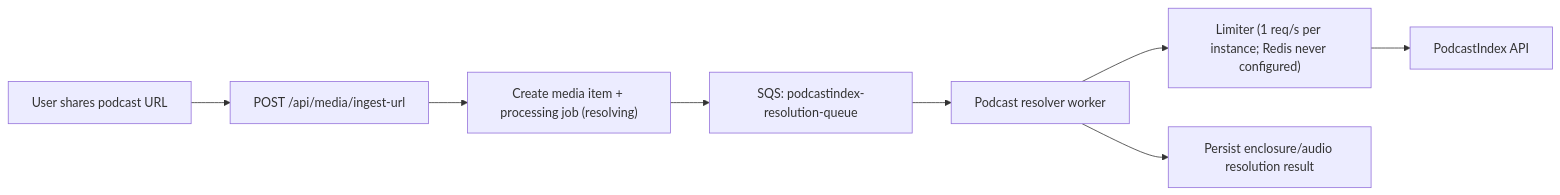
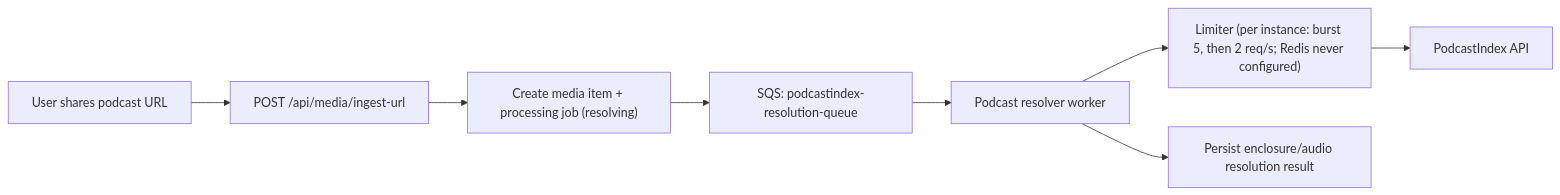
Before and after one commit to MedlockM2/second-brain-app: the diagram in docs/ADR/podcastindex-rate-limiting.md, drawn with Mermaid. The commit also changed other lines of this file and 4 other files, not shown here.

````diff
--- a/docs/ADR/podcastindex-rate-limiting.md
+++ b/docs/ADR/podcastindex-rate-limiting.md
@@ -177,10 +181,10 @@
 ```mermaid
 flowchart LR
   U["User shares podcast URL"] --> I["POST /api/media/ingest-url"]
   I --> J["Create media item + processing job (resolving)"]
   J --> Q["SQS: podcastindex-resolution-queue"]
   Q --> W["Podcast resolver worker"]
-  W --> L["Limiter (1 req/s per instance; Redis never configured)"]
+  W --> L["Limiter (per instance: burst 5, then 2 req/s; Redis never configured)"]
   L --> P["PodcastIndex API"]
   W --> N["Persist enclosure/audio resolution result"]
 ```
````
